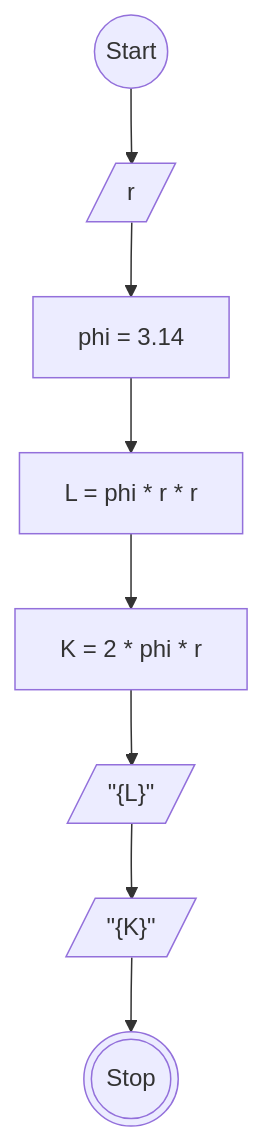
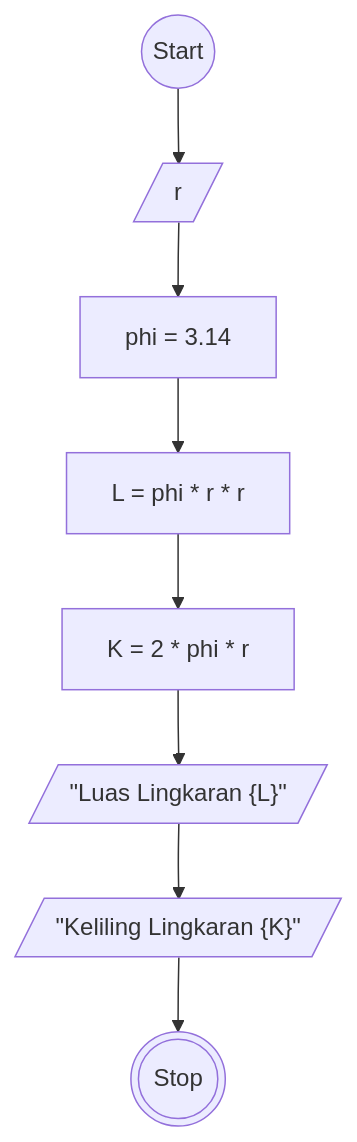
One commit to dimastadeoo/koda-b8-javascript1 changed the diagram in readme.md. Above: the diagram before and after it, drawn with Mermaid. The commit also changed 1 other file, not shown here.

````diff
--- a/readme.md
+++ b/readme.md
@@ -6,20 +6,20 @@
 ```mermaid
 
 flowchart TD
     A@{ shape: circle, label: "Start" }
     
     B@{ shape: lean-r, label: "r" }
     C@{ shape: rect, label: "phi = 3.14" }
     D@{ shape: rect, label: "L = phi * r * r" }
     E@{ shape: rect, label: "K = 2 * phi * r" }
-    F@{ shape: lean-r, label: '"{L}"' }
-    G@{ shape: lean-r, label: '"{K}"' }
+    F@{ shape: lean-r, label: '"Luas Lingkaran {L}"' }
+    G@{ shape: lean-r, label: '"Keliling Lingkaran {K}"' }
     H@{ shape: dbl-circ, label: "Stop" }
 
     A-->B-->C-->D-->E-->F-->G-->H
     
 
 
 
 
 ```
````
